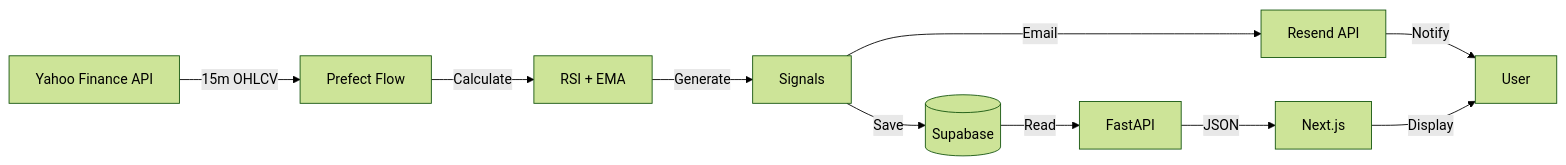
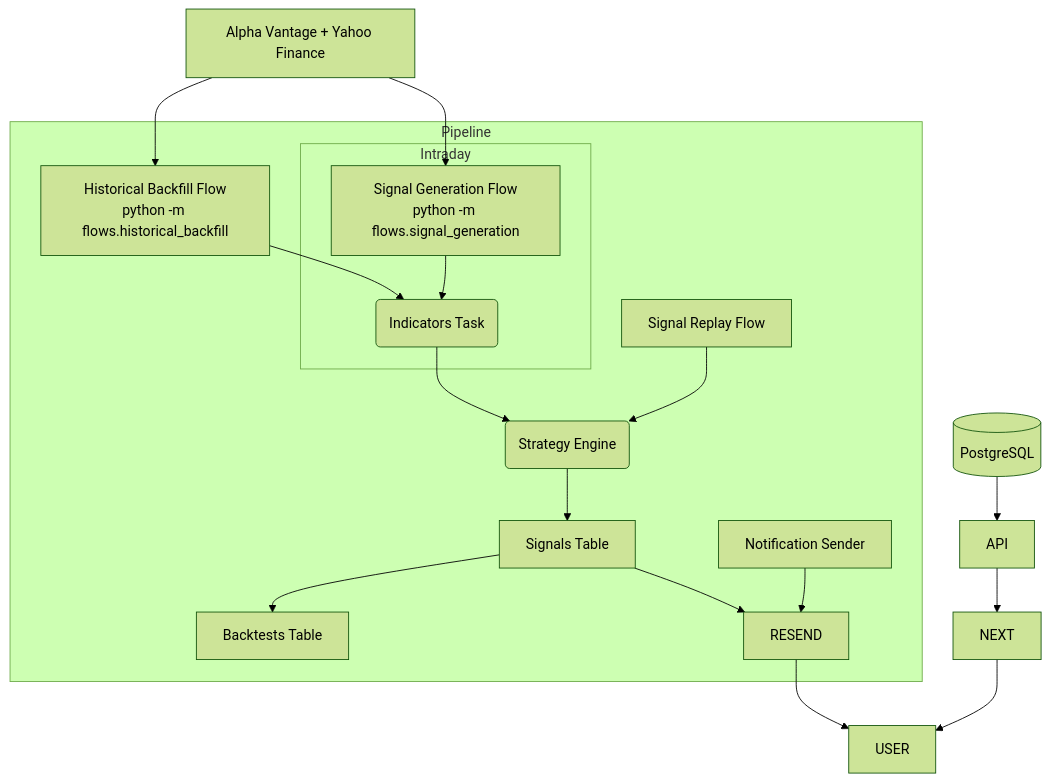
The diagram in docs/ARCHITECTURE.md (diegovfeder/signals), drawn with Mermaid (forest theme) before and after one commit. The commit also changed other lines of this file and 69 other files, not shown here.

First line of the commit message:
feat: add admin panel, analytics, and refactor pipeline architecture

````diff
--- a/docs/ARCHITECTURE.md
+++ b/docs/ARCHITECTURE.md
@@ -15,12 +21,21 @@
 ```mermaid
-graph LR
-    YF[Yahoo Finance API] -->|15m OHLCV| PREFECT[Prefect Flow]
-    PREFECT -->|Calculate| IND[RSI + EMA]
-    IND -->|Generate| SIG[Signals]
-    SIG -->|Save| DB[(Supabase)]
-    SIG -->|Email| RESEND[Resend API]
-    RESEND -->|Notify| USER[User]
-    DB -->|Read| API[FastAPI]
-    API -->|JSON| NEXT[Next.js]
-    NEXT -->|Display| USER
+graph TD
+    subgraph Pipeline
+      A[Historical Backfill Flow<br/>python -m flows.historical_backfill] --> B(Indicators Task)
+      B --> C(Strategy Engine)
+      C --> D[Signals Table]
+      D --> E[Backtests Table]
+      subgraph Intraday
+        F[Signal Generation Flow<br/>python -m flows.signal_generation] --> B
+      end
+      G[Signal Replay Flow] --> C
+      H[Notification Sender] --> RESEND
+    end
+    YF[Alpha Vantage + Yahoo Finance] --> A
+    YF --> F
+    DB[(PostgreSQL)] --> API
+    API --> NEXT
+    NEXT --> USER
+    D --> RESEND
+    RESEND --> USER
 ```
````
